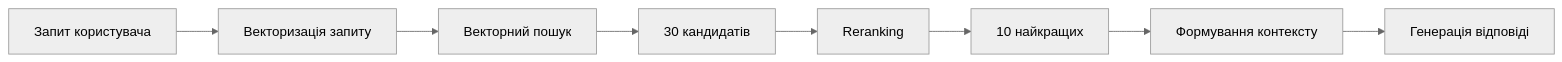
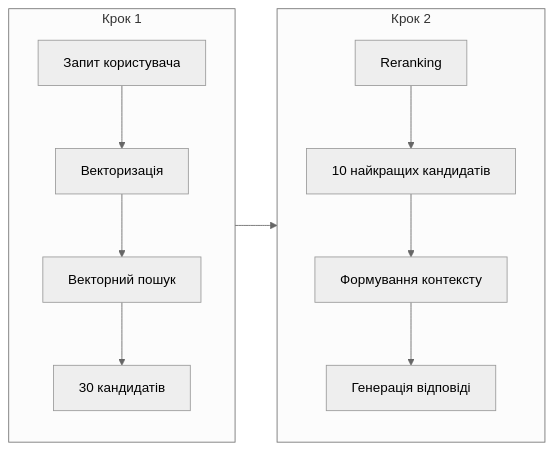
Before and after one commit to bunnybrin/rag-assistant: the diagram in docs/mermeid/reranker.mermaid, drawn with Mermaid. The commit also changed 5 other files, not shown here.

```diff
--- a/docs/mermeid/reranker.mermaid
+++ b/docs/mermeid/reranker.mermaid
@@ -1,13 +1,20 @@
 ---
 config:
   theme: 'neutral'
 ---
 
 flowchart LR
-    A["Запит користувача"] --> B["Векторизація запиту"]
-    B --> C["Векторний пошук"]
-    C --> D["30 кандидатів"]
-    D --> E["Reranking"]
-    E --> F["10 найкращих"]
-    F --> G["Формування контексту"]
-    G --> H["Генерація відповіді"]
+
+    subgraph Row1["Крок 1"]
+        A["Запит користувача"] --> B["Векторизація"]
+        B --> C["Векторний пошук"]
+        C --> D["30 кандидатів"]
+    end
+
+    subgraph Row2["Крок 2"]
+        E["Reranking"] --> F["10 найкращих кандидатів"]
+        F --> G["Формування контексту"]
+        G --> H["Генерація відповіді"]
+    end
+
+    Row1 --> Row2
```
